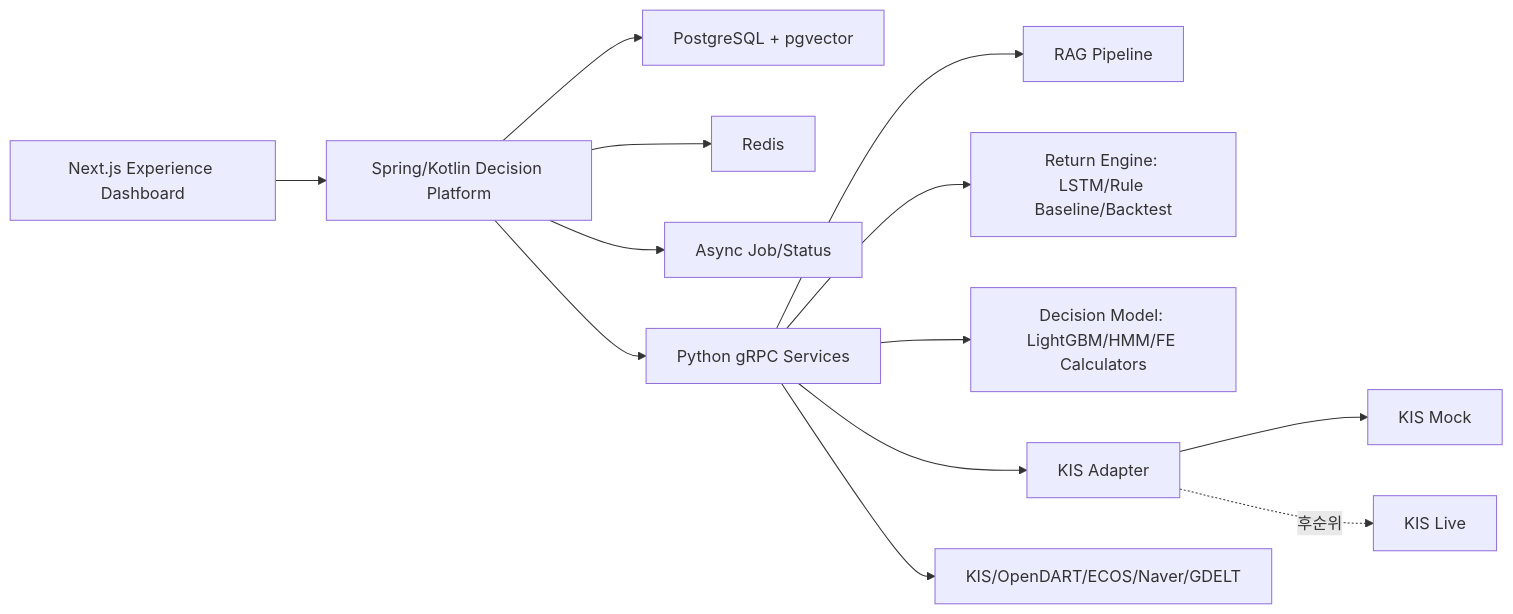
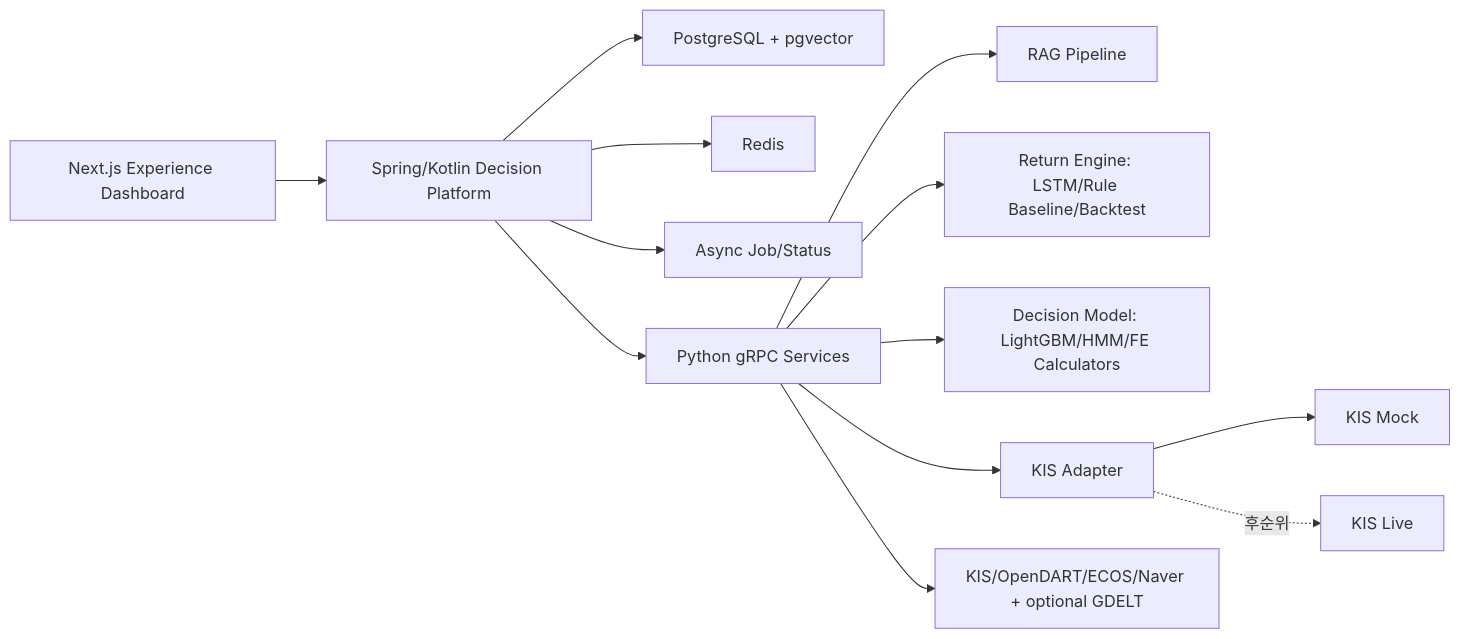
Before and after one commit to robinhood0107/Capstone-AI-Trading-Coach: the diagram in docs/API_명세서.md, drawn with Mermaid. The commit also changed other lines of this file and 2 other files, not shown here.

````diff
--- a/docs/API_명세서.md
+++ b/docs/API_명세서.md
@@ -27,15 +40,15 @@
 ```mermaid
 flowchart LR
   FE["Next.js Experience Dashboard"] --> SPRING["Spring/Kotlin Decision Platform"]
   SPRING --> DB["PostgreSQL + pgvector"]
   SPRING --> REDIS["Redis"]
   SPRING --> ASYNC["Async Job/Status"]
   SPRING --> GRPC["Python gRPC Services"]
   GRPC --> RAG["RAG Pipeline"]
   GRPC --> RETURN["Return Engine: LSTM/Rule Baseline/Backtest"]
   GRPC --> DECISION_MODEL["Decision Model: LightGBM/HMM/FE Calculators"]
   GRPC --> KIS["KIS Adapter"]
-  GRPC --> DATA["KIS/OpenDART/ECOS/Naver/GDELT"]
+  GRPC --> DATA["KIS/OpenDART/ECOS/Naver + optional GDELT"]
   KIS --> MOCK["KIS Mock"]
   KIS -. 후순위 .-> LIVE["KIS Live"]
 ```
````
